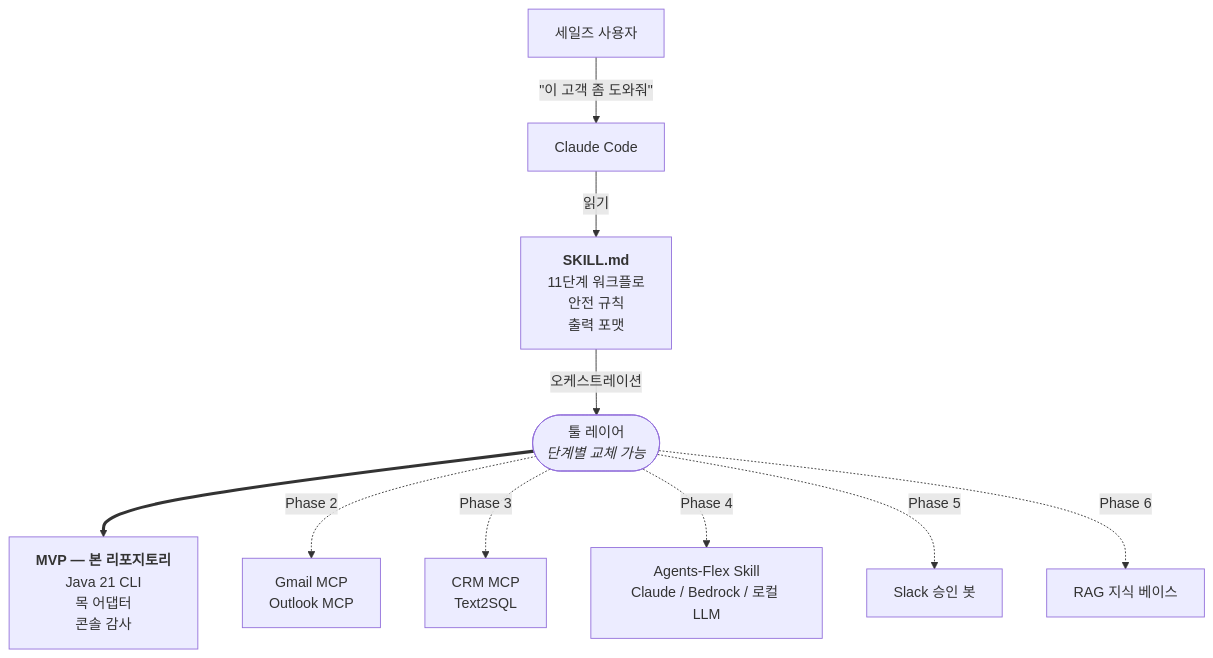
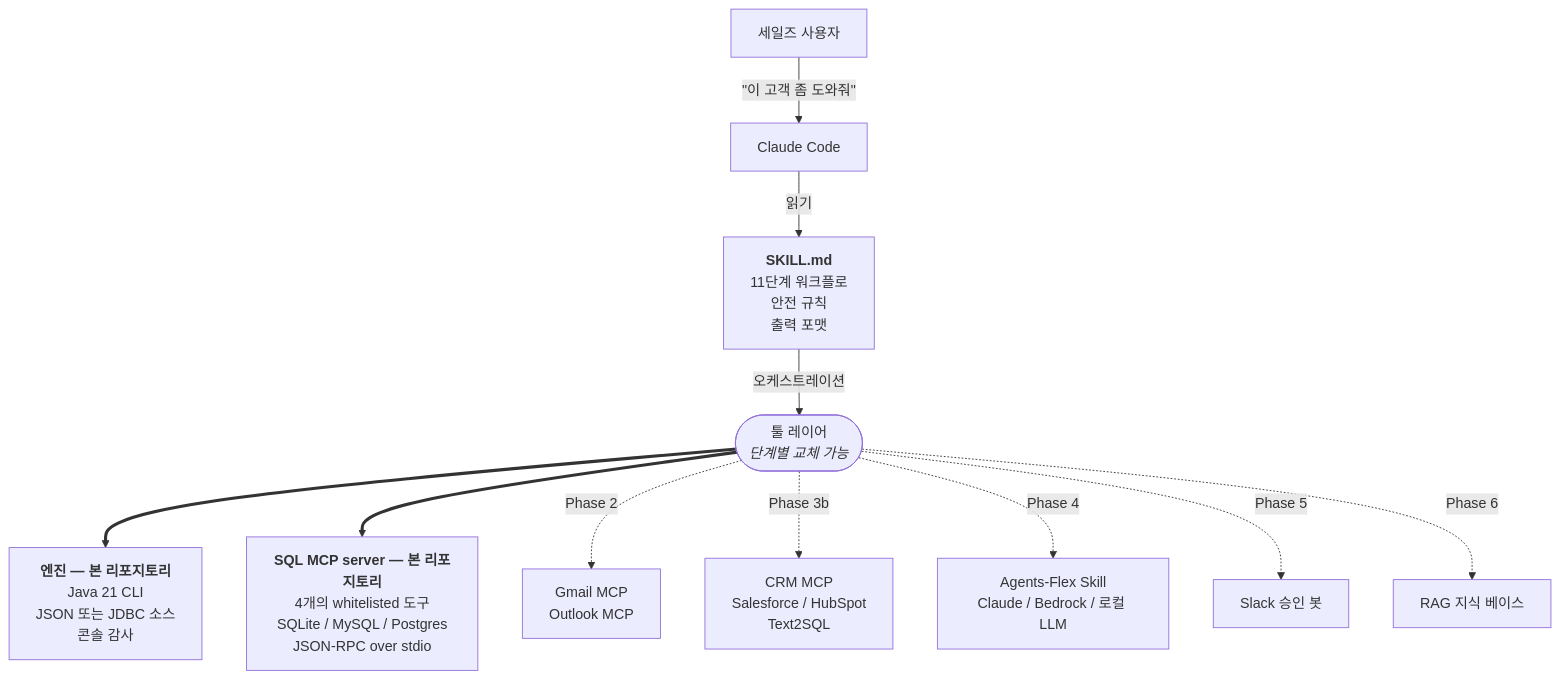
One commit to xup6jammy/Sales-AI changed the first of 3 diagrams in README.ko.md. Above: the diagram before and after it, drawn with Mermaid. The commit also changed other lines of this file and 10 other files, not shown here.

First line of the commit message:
docs: surface MCP server in READMEs, SKILL, architecture, and translations

````diff
--- a/README.ko.md
+++ b/README.ko.md
@@ -46,13 +46,14 @@
 ```mermaid
 flowchart TD
     user["세일즈 사용자"] -->|"&quot;이 고객 좀 도와줘&quot;"| cc["Claude Code"]
     cc -->|읽기| skill["<b>SKILL.md</b><br/>11단계 워크플로<br/>안전 규칙<br/>출력 포맷"]
     skill -->|오케스트레이션| tools(["툴 레이어<br/><i>단계별 교체 가능</i>"])
 
-    tools ==> mvp["<b>MVP — 본 리포지토리</b><br/>Java 21 CLI<br/>목 어댑터<br/>콘솔 감사"]
+    tools ==> mvp["<b>엔진 — 본 리포지토리</b><br/>Java 21 CLI<br/>JSON 또는 JDBC 소스<br/>콘솔 감사"]
+    tools ==> mcp["<b>SQL MCP server — 본 리포지토리</b><br/>4개의 whitelisted 도구<br/>SQLite / MySQL / Postgres<br/>JSON-RPC over stdio"]
     tools -.->|Phase 2| email["Gmail MCP<br/>Outlook MCP"]
-    tools -.->|Phase 3| crm["CRM MCP<br/>Text2SQL"]
+    tools -.->|Phase 3b| crm["CRM MCP<br/>Salesforce / HubSpot<br/>Text2SQL"]
     tools -.->|Phase 4| llm["Agents-Flex Skill<br/>Claude / Bedrock / 로컬 LLM"]
     tools -.->|Phase 5| approve["Slack 승인 봇"]
     tools -.->|Phase 6| rag["RAG 지식 베이스"]
 ```
````
